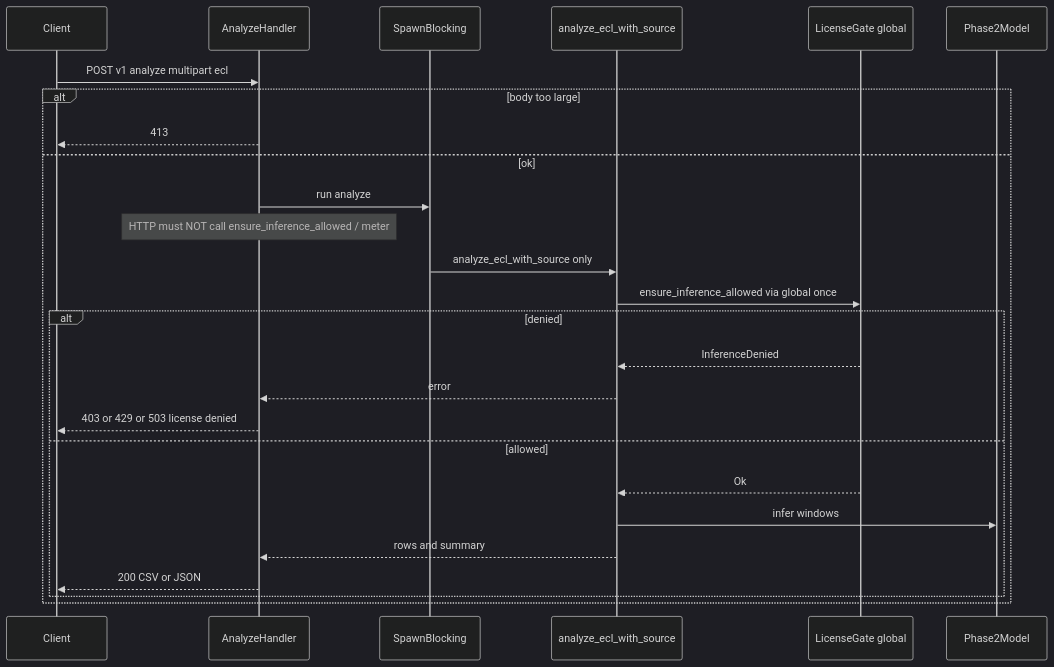
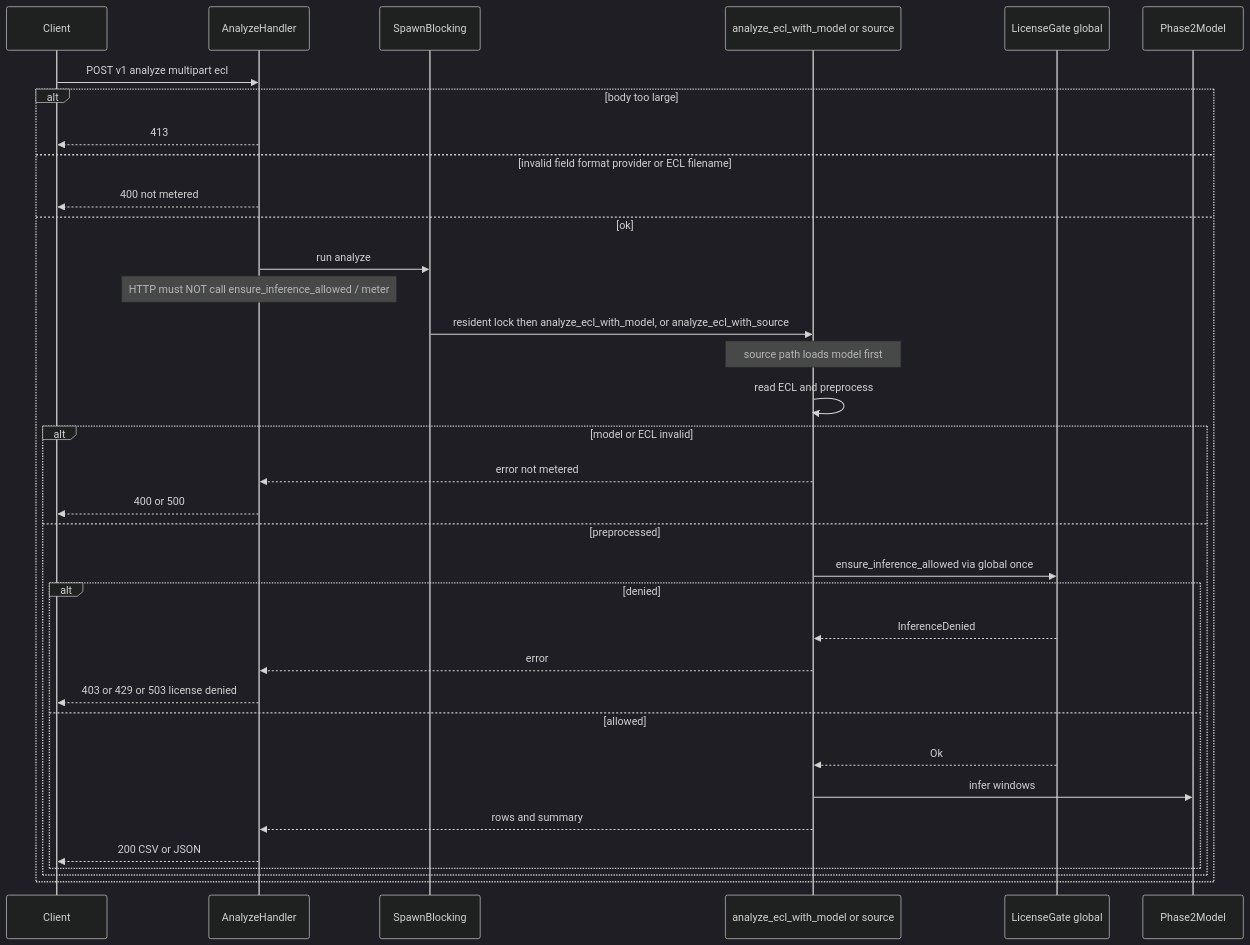
The third of 3 diagrams in .kiro/specs/http-api/design.md (Universal-Micro-Networks/holter-analysis-assist), drawn with Mermaid (dark theme) before and after one commit. The commit also changed other lines of this file and 21 other files, not shown here.

````diff
--- a/.kiro/specs/http-api/design.md
+++ b/.kiro/specs/http-api/design.md
@@ -183,29 +208,38 @@
 ```mermaid
 sequenceDiagram
   participant C as Client
   participant H as AnalyzeHandler
   participant Pool as SpawnBlocking
-  participant A as analyze_ecl_with_source
+  participant A as analyze_ecl_with_model or source
   participant Gate as LicenseGate global
   participant M as Phase2Model
 
   C->>H: POST v1 analyze multipart ecl
   alt body too large
     H-->>C: 413
+  else invalid field format provider or ECL filename
+    H-->>C: 400 not metered
   else ok
     H->>Pool: run analyze
     Note over H: HTTP must NOT call ensure_inference_allowed / meter
-    Pool->>A: analyze_ecl_with_source only
-    A->>Gate: ensure_inference_allowed via global once
-    alt denied
-      Gate-->>A: InferenceDenied
-      A-->>H: error
-      H-->>C: 403 or 429 or 503 license denied
-    else allowed
-      Gate-->>A: Ok
-      A->>M: infer windows
-      A-->>H: rows and summary
-      H-->>C: 200 CSV or JSON
+    Pool->>A: resident lock then analyze_ecl_with_model, or analyze_ecl_with_source
+    Note over A: source path loads model first
+    A->>A: read ECL and preprocess
+    alt model or ECL invalid
+      A-->>H: error not metered
+      H-->>C: 400 or 500
+    else preprocessed
+      A->>Gate: ensure_inference_allowed via global once
+      alt denied
+        Gate-->>A: InferenceDenied
+        A-->>H: error
+        H-->>C: 403 or 429 or 503 license denied
+      else allowed
+        Gate-->>A: Ok
+        A->>M: infer windows
+        A-->>H: rows and summary
+        H-->>C: 200 CSV or JSON
+      end
     end
   end
 ```
````
